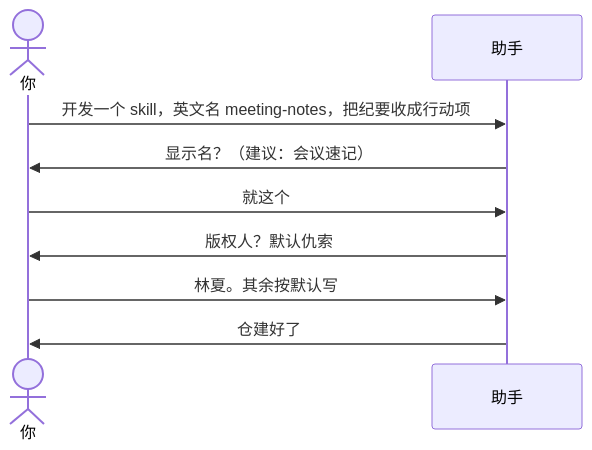
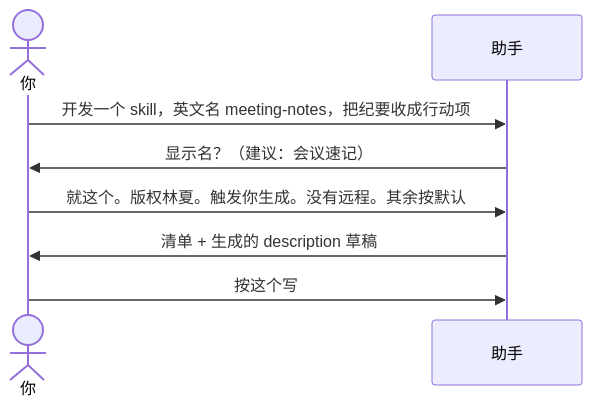
The diagram in examples/02-一句话带齐信息.md (qiusuo0226/skill-devkit-skill), drawn with Mermaid before and after one commit. The commit also changed other lines of this file and 15 other files, not shown here.

````diff
--- a/examples/02-一句话带齐信息.md
+++ b/examples/02-一句话带齐信息.md
@@ -11,12 +11,11 @@
 ```mermaid
 sequenceDiagram
     actor You as 你
     participant AI as 助手
 
     You->>AI: 开发一个 skill，英文名 meeting-notes，把纪要收成行动项
     AI->>You: 显示名？（建议：会议速记）
-    You->>AI: 就这个
-    AI->>You: 版权人？默认仇索
-    You->>AI: 林夏。其余按默认写
-    AI->>You: 仓建好了
+    You->>AI: 就这个。版权林夏。触发你生成。没有远程。其余按默认
+    AI->>You: 清单 + 生成的 description 草稿
+    You->>AI: 按这个写
 ```
````
